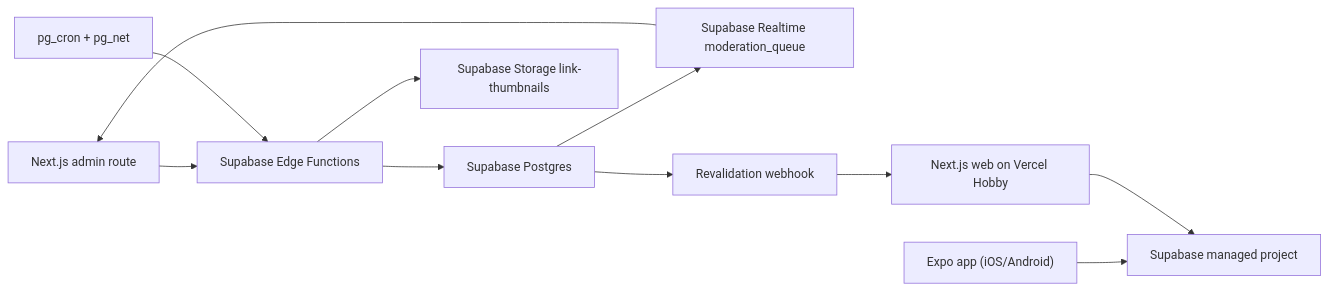
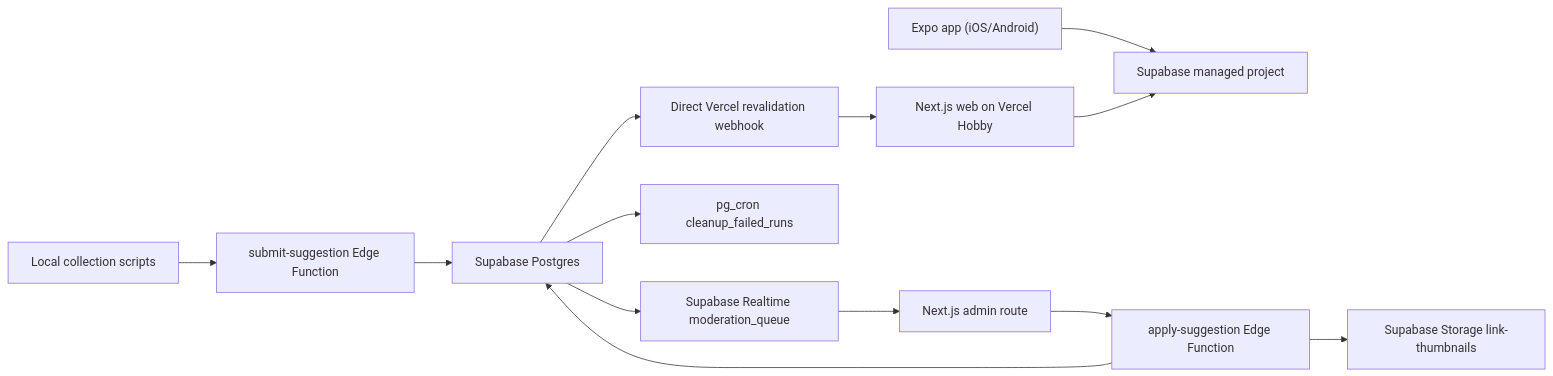
Before and after one commit to ihvou/skillsaggregator: the diagram in docs/deployment.md, drawn with Mermaid. The commit also changed other lines of this file and 26 other files, not shown here.

Commit message:
Implement local collection task batch

````diff
--- a/docs/deployment.md
+++ b/docs/deployment.md
@@ -5,13 +5,15 @@
 ```mermaid
 flowchart LR
+  Collector["Local collection scripts"] --> EdgeSubmit["submit-suggestion Edge Function"]
   Mobile["Expo app (iOS/Android)"] --> Supabase["Supabase managed project"]
   Web["Next.js web on Vercel Hobby"] --> Supabase
-  Admin["Next.js admin route"] --> Edge["Supabase Edge Functions"]
-  Cron["pg_cron + pg_net"] --> Edge
-  Edge --> DB["Supabase Postgres"]
-  Edge --> Storage["Supabase Storage link-thumbnails"]
+  Admin["Next.js admin route"] --> EdgeApply["apply-suggestion Edge Function"]
+  EdgeSubmit --> DB["Supabase Postgres"]
+  EdgeApply --> DB
+  EdgeApply --> Storage["Supabase Storage link-thumbnails"]
   DB --> Realtime["Supabase Realtime moderation_queue"]
   Realtime --> Admin
-  DB --> Webhook["Revalidation webhook"]
+  DB --> Cleanup["pg_cron cleanup_failed_runs"]
+  DB --> Webhook["Direct Vercel revalidation webhook"]
   Webhook --> Web
 ```
````
